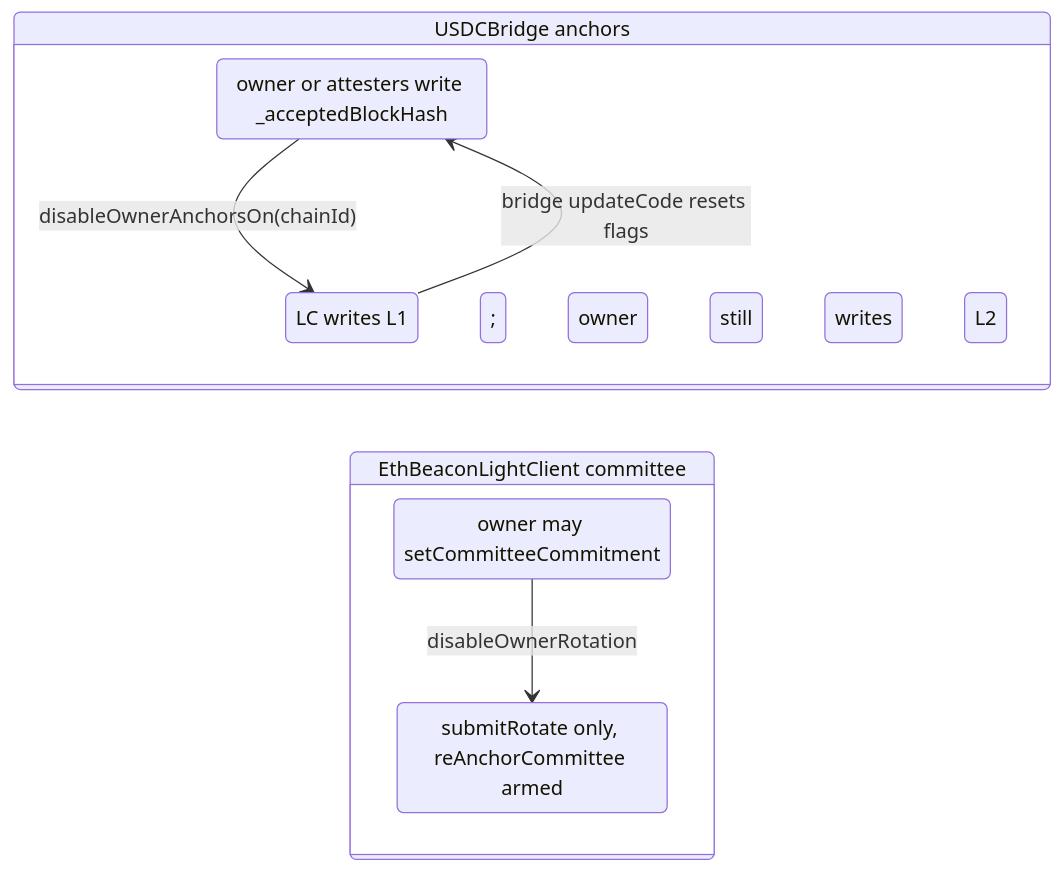
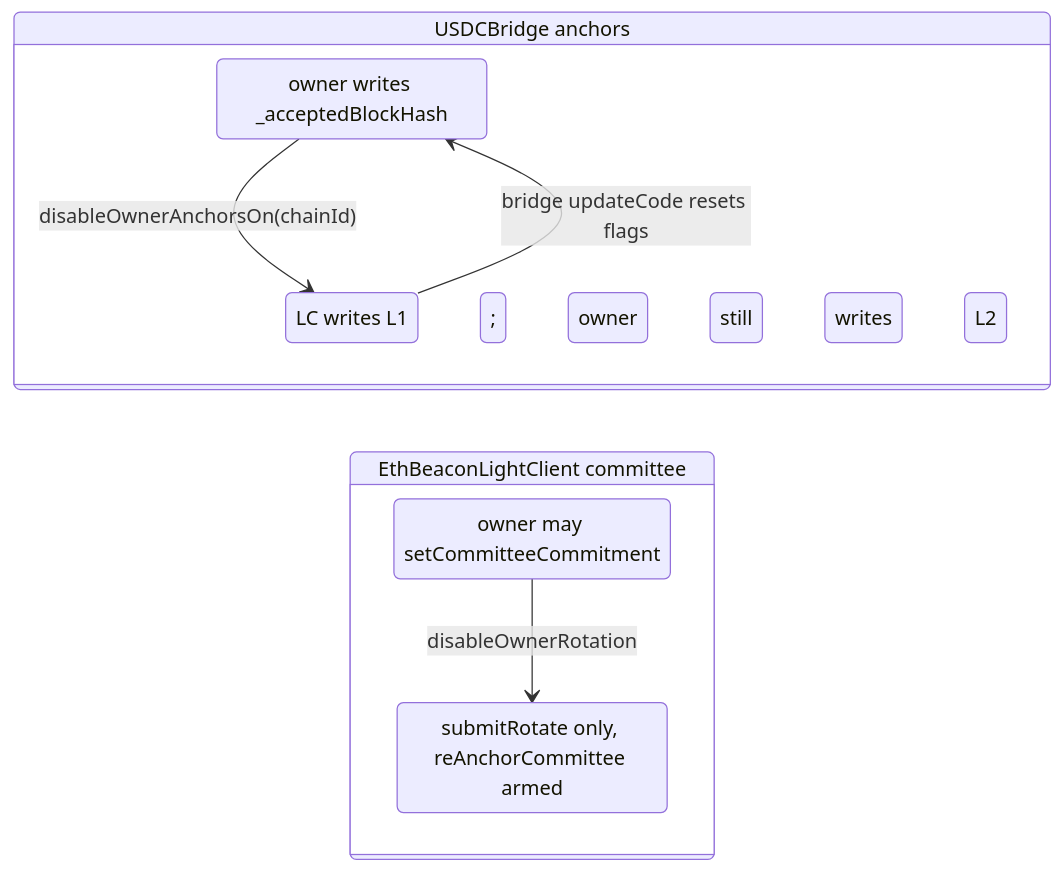
The fourth of 5 diagrams in docs/eth-light-client.md (gosh-sh/bridge), drawn with Mermaid before and after one commit. The commit also changed 14 other files, not shown here.

````diff
--- a/docs/eth-light-client.md
+++ b/docs/eth-light-client.md
@@ -308,15 +308,15 @@
 ```mermaid
 stateDiagram-v2
   direction LR
   state "USDCBridge anchors" as UBA {
-    OwnerAnchors: owner or attesters write _acceptedBlockHash
+    OwnerAnchors: owner writes _acceptedBlockHash
     LightClientAnchors: LC writes L1; owner still writes L2
     OwnerAnchors --> LightClientAnchors: disableOwnerAnchorsOn(chainId)
     LightClientAnchors --> OwnerAnchors: bridge updateCode resets flags
   }
   state "EthBeaconLightClient committee" as LCC {
     OwnerRotation: owner may setCommitteeCommitment
     ProofRotation: submitRotate only, reAnchorCommittee armed
     OwnerRotation --> ProofRotation: disableOwnerRotation
   }
 ```
````
